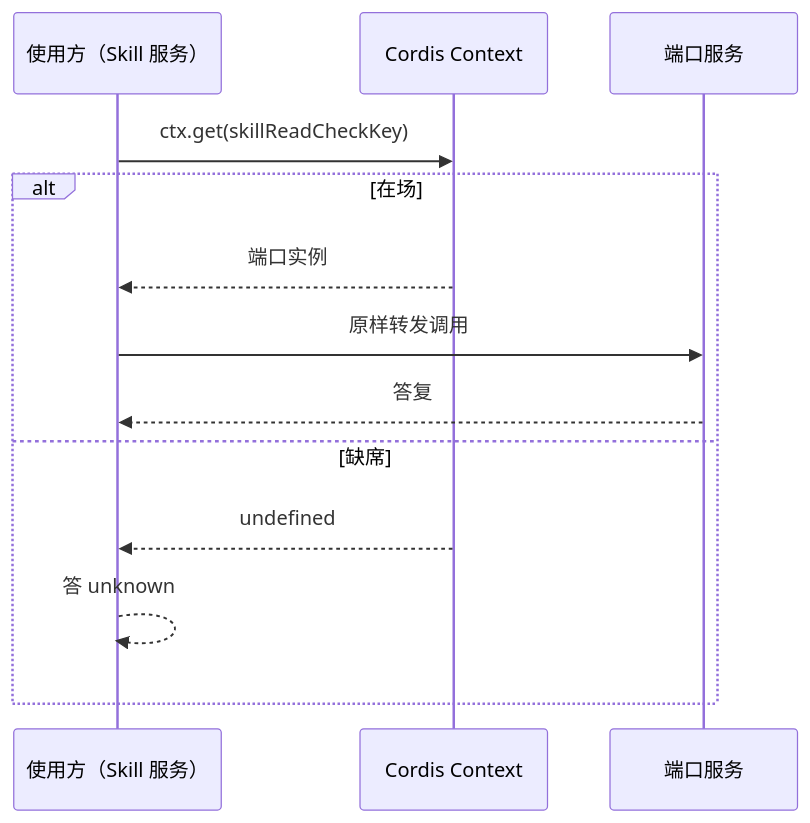
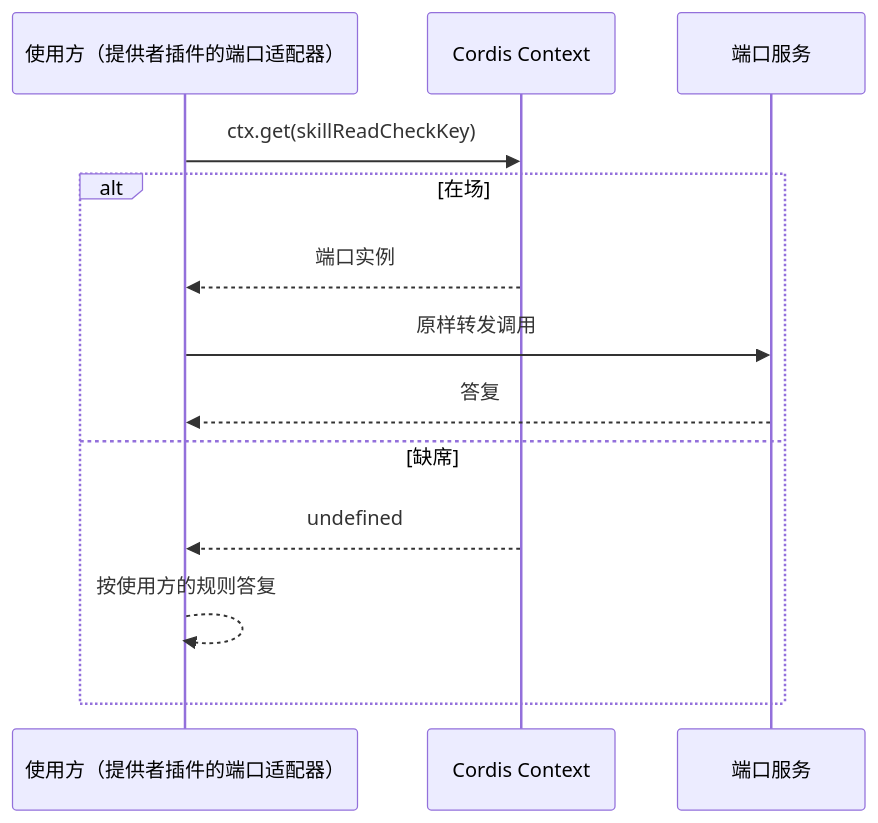
One commit to nemori-ai/omne-harness-lite changed the second of 2 diagrams in packages/skills/skill-cordis-contract/docs/flows.md. Above: the diagram before and after it, drawn with Mermaid. The commit also changed other lines of this file and 4 other files, not shown here.

````diff
--- a/packages/skills/skill-cordis-contract/docs/flows.md
+++ b/packages/skills/skill-cordis-contract/docs/flows.md
@@ -30,15 +30,15 @@
 ```mermaid
 sequenceDiagram
-  participant A as 使用方（Skill 服务）
+  participant A as 使用方（提供者插件的端口适配器）
   participant C as Cordis Context
   participant R as 端口服务
   A->>C: ctx.get(skillReadCheckKey)
   alt 在场
     C-->>A: 端口实例
     A->>R: 原样转发调用
     R-->>A: 答复
   else 缺席
     C-->>A: undefined
-    A-->>A: 答 unknown
+    A-->>A: 按使用方的规则答复
   end
 ```
````
